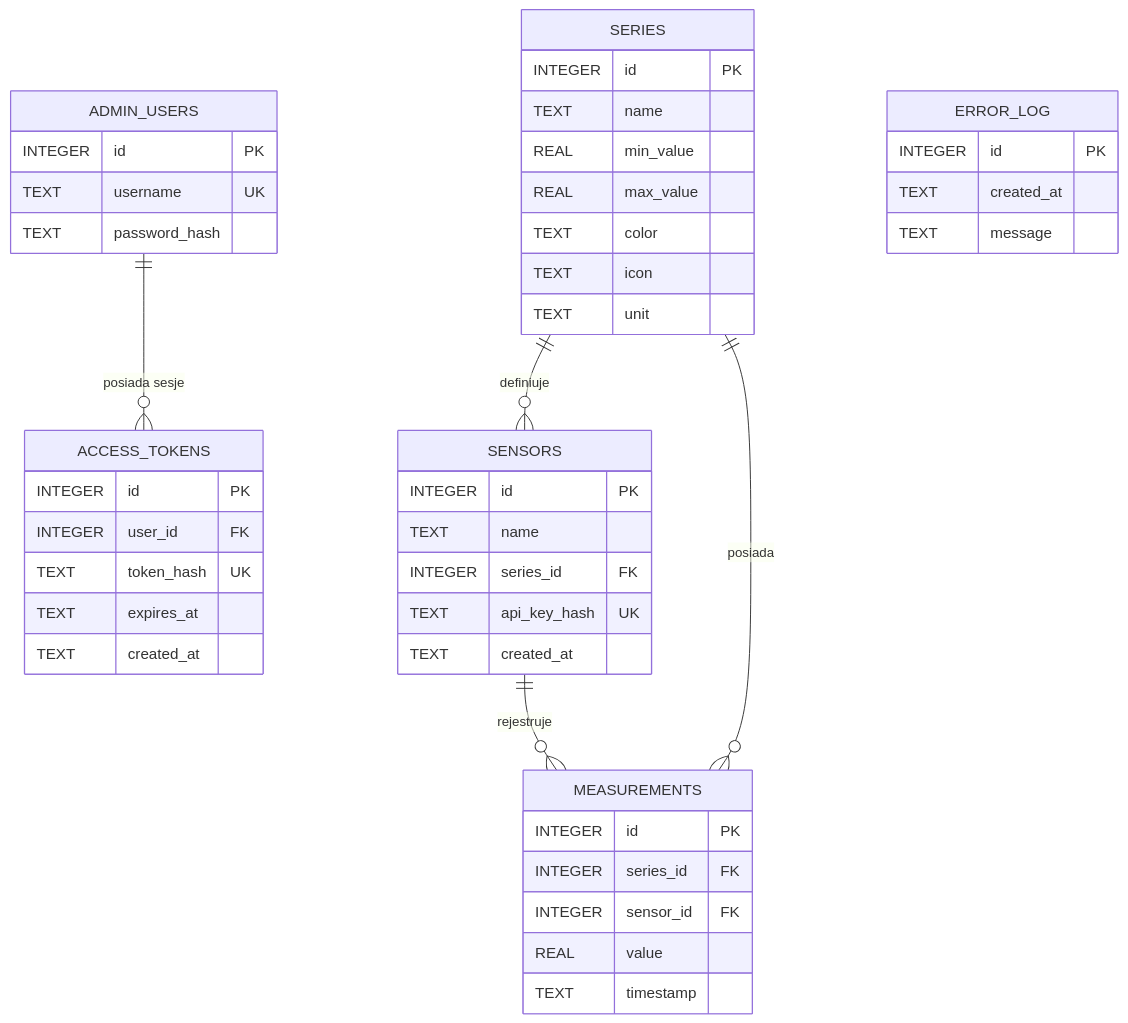
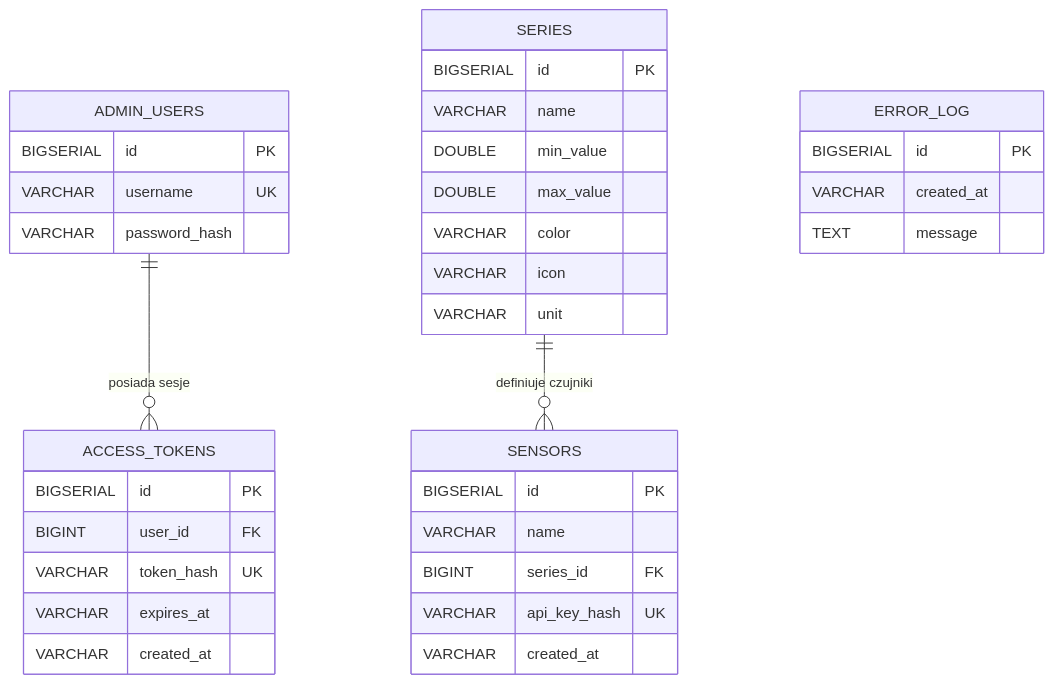
Before and after one commit to MDybek/zai-26z: the diagram in DOCUMENTATION.md, drawn with Mermaid. The commit also changed other lines of this file, not shown here.

````diff
--- a/DOCUMENTATION.md
+++ b/DOCUMENTATION.md
@@ -85,53 +166,43 @@
 ```mermaid
 erDiagram
     ADMIN_USERS {
-        INTEGER id PK
-        TEXT username UK
-        TEXT password_hash
+        BIGSERIAL id PK
+        VARCHAR username UK
+        VARCHAR password_hash
+    }
+
+    ACCESS_TOKENS {
+        BIGSERIAL id PK
+        BIGINT user_id FK
+        VARCHAR token_hash UK
+        VARCHAR expires_at
+        VARCHAR created_at
     }
 
     SERIES {
-        INTEGER id PK
-        TEXT name
-        REAL min_value
-        REAL max_value
-        TEXT color
-        TEXT icon
-        TEXT unit
+        BIGSERIAL id PK
+        VARCHAR name
+        DOUBLE min_value
+        DOUBLE max_value
+        VARCHAR color
+        VARCHAR icon
+        VARCHAR unit
     }
 
     SENSORS {
-        INTEGER id PK
-        TEXT name
-        INTEGER series_id FK
-        TEXT api_key_hash UK
-        TEXT created_at
-    }
-
-    MEASUREMENTS {
-        INTEGER id PK
-        INTEGER series_id FK
-        INTEGER sensor_id FK
-        REAL value
-        TEXT timestamp
-    }
-
-    ACCESS_TOKENS {
-        INTEGER id PK
-        INTEGER user_id FK
-        TEXT token_hash UK
-        TEXT expires_at
-        TEXT created_at
+        BIGSERIAL id PK
+        VARCHAR name
+        BIGINT series_id FK
+        VARCHAR api_key_hash UK
+        VARCHAR created_at
     }
 
     ERROR_LOG {
-        INTEGER id PK
-        TEXT created_at
+        BIGSERIAL id PK
+        VARCHAR created_at
         TEXT message
     }
 
     ADMIN_USERS ||--o{ ACCESS_TOKENS : "posiada sesje"
-    SERIES ||--o{ SENSORS : "definiuje"
-    SERIES ||--o{ MEASUREMENTS : "posiada"
-    SENSORS ||--o{ MEASUREMENTS : "rejestruje"
+    SERIES ||--o{ SENSORS : "definiuje czujniki"
 ```
````
